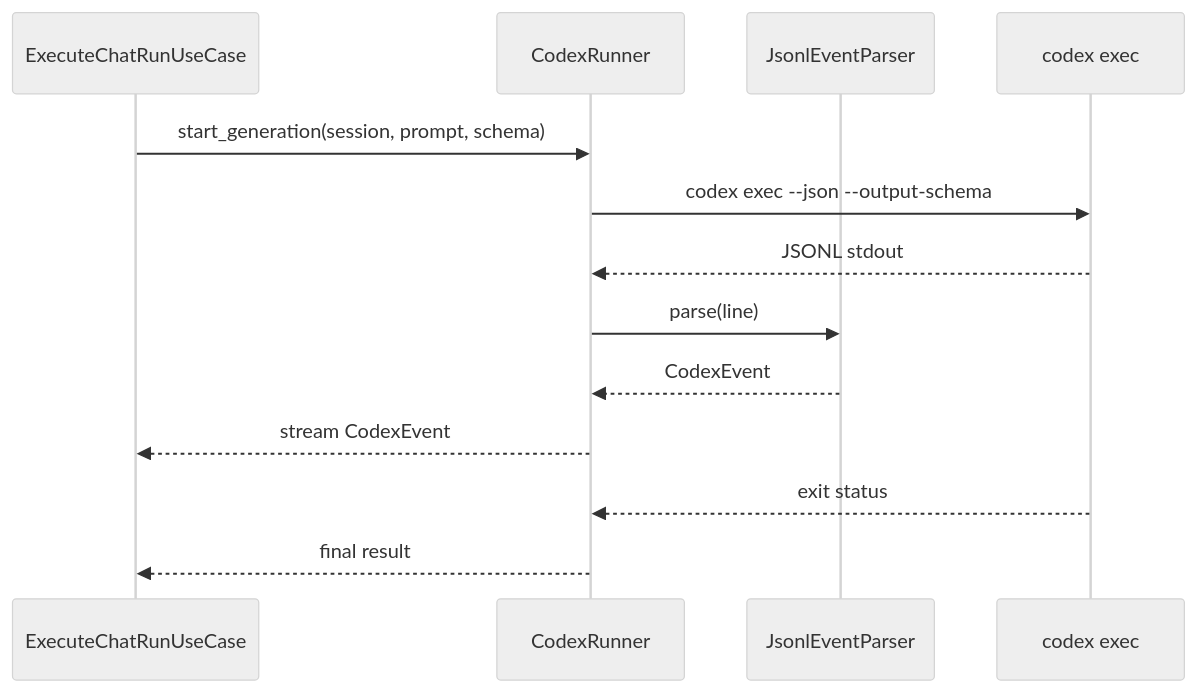
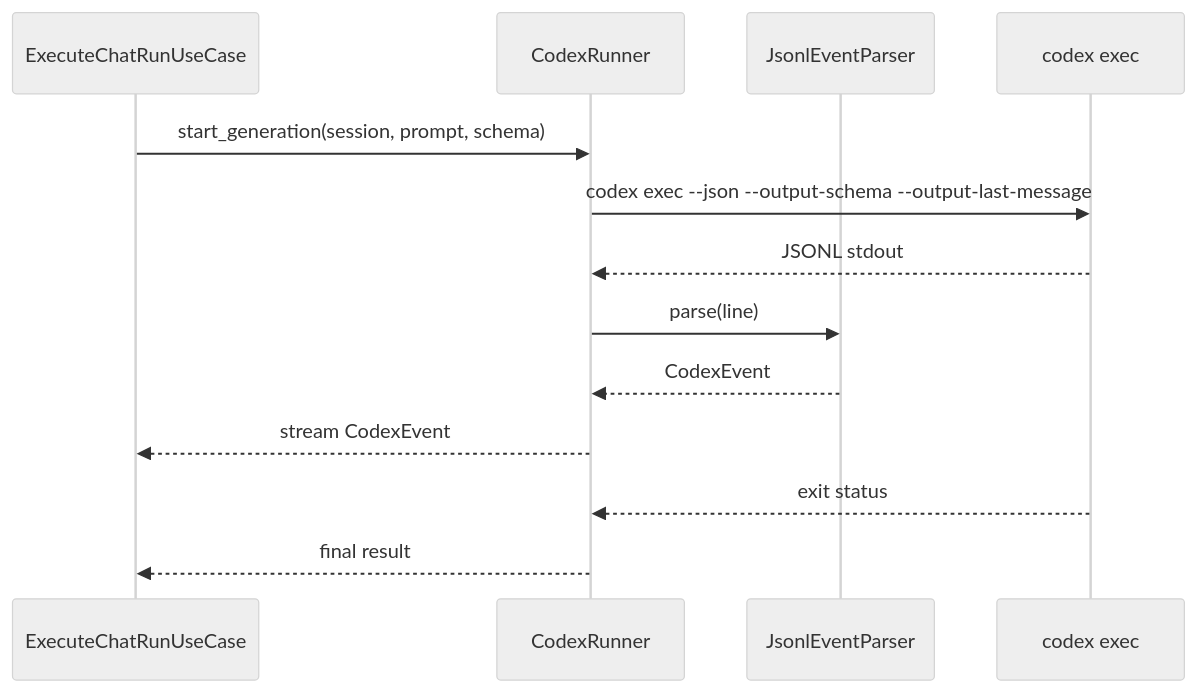
Before and after one commit to mincsys/D-Concierge: the diagram in docs/03_内部設計/03_内部IF設計/Codex実行IF.md, drawn with Mermaid (neutral theme). The commit also changed other lines of this file and 17 other files, not shown here.

````diff
--- a/docs/03_内部設計/03_内部IF設計/Codex実行IF.md
+++ b/docs/03_内部設計/03_内部IF設計/Codex実行IF.md
@@ -25,16 +26,16 @@
 ```mermaid
 sequenceDiagram
     participant usecase as ExecuteChatRunUseCase
     participant runner as CodexRunner
     participant parser as JsonlEventParser
     participant codex as codex exec
 
     usecase->>runner: start_generation(session, prompt, schema)
-    runner->>codex: codex exec --json --output-schema
+    runner->>codex: codex exec --json --output-schema --output-last-message
     codex-->>runner: JSONL stdout
     runner->>parser: parse(line)
     parser-->>runner: CodexEvent
     runner-->>usecase: stream CodexEvent
     codex-->>runner: exit status
     runner-->>usecase: final result
 ```
````
